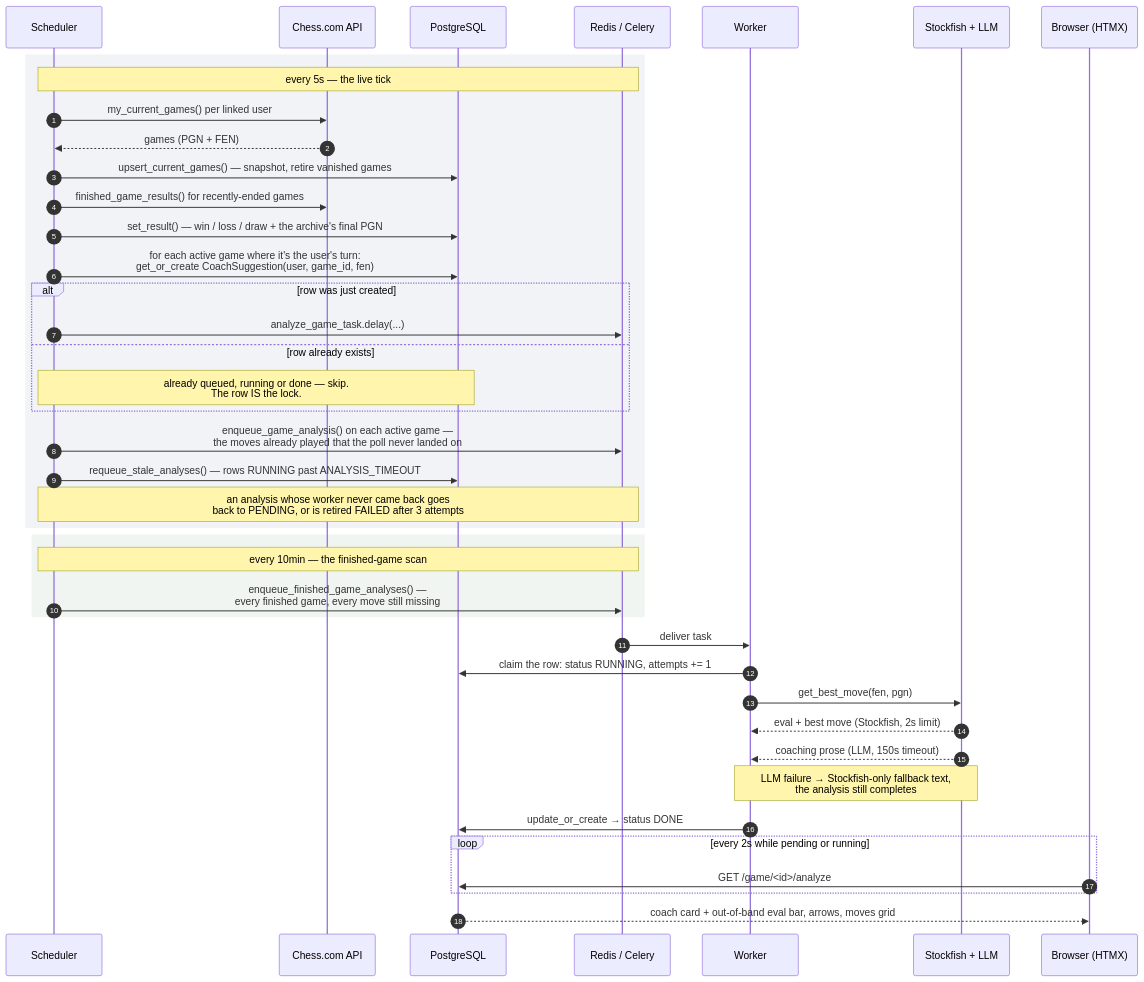
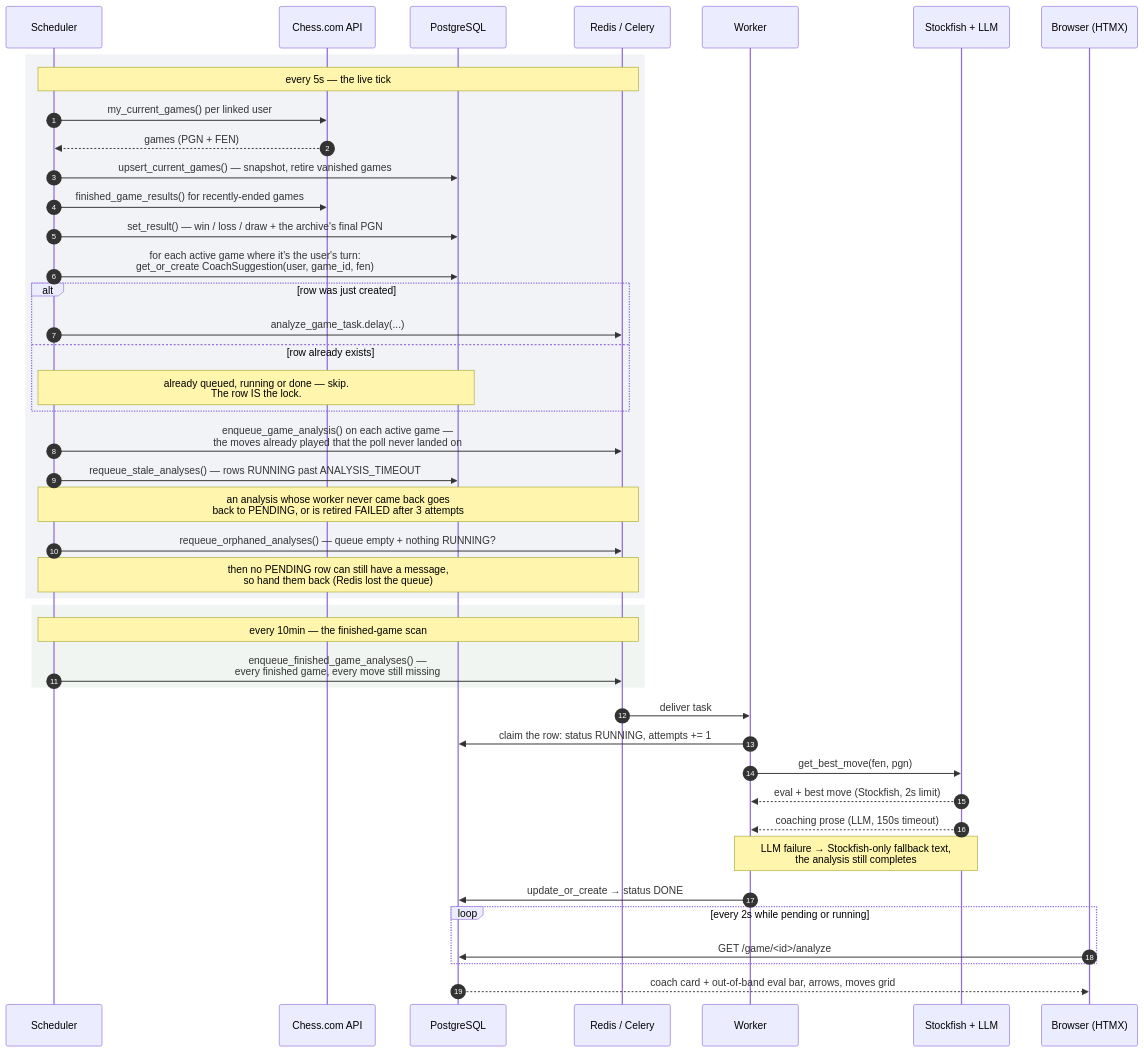
Before and after one commit to gab-25/chessdotcom_ai_coach: the second of 2 diagrams in docs/architecture.md, drawn with Mermaid. The commit also changed other lines of this file and 7 other files, not shown here.

````diff
--- a/docs/architecture.md
+++ b/docs/architecture.md
@@ -61,49 +61,51 @@
 ```mermaid
 sequenceDiagram
     autonumber
     participant S as Scheduler
     participant C as Chess.com API
     participant DB as PostgreSQL
     participant Q as Redis / Celery
     participant W as Worker
     participant E as Stockfish + LLM
     participant B as Browser (HTMX)
 
     rect rgba(120,140,180,0.10)
     Note over S,Q: every 5s — the live tick
     S->>C: my_current_games() per linked user
     C-->>S: games (PGN + FEN)
     S->>DB: upsert_current_games() — snapshot, retire vanished games
     S->>C: finished_game_results() for recently-ended games
     S->>DB: set_result() — win / loss / draw + the archive's final PGN
 
     S->>DB: for each active game where it's the user's turn:<br/>get_or_create CoachSuggestion(user, game_id, fen)
     alt row was just created
         S->>Q: analyze_game_task.delay(...)
     else row already exists
         Note over S,DB: already queued, running or done — skip.<br/>The row IS the lock.
     end
     S->>Q: enqueue_game_analysis() on each active game —<br/>the moves already played that the poll never landed on
 
     S->>DB: requeue_stale_analyses() — rows RUNNING past ANALYSIS_TIMEOUT
     Note over S,Q: an analysis whose worker never came back goes<br/>back to PENDING, or is retired FAILED after 3 attempts
+    S->>Q: requeue_orphaned_analyses() — queue empty + nothing RUNNING?
+    Note over S,Q: then no PENDING row can still have a message,<br/>so hand them back (Redis lost the queue)
     end
 
     rect rgba(120,160,120,0.10)
     Note over S,Q: every 10min — the finished-game scan
     S->>Q: enqueue_finished_game_analyses() —<br/>every finished game, every move still missing
     end
 
     Q->>W: deliver task
     W->>DB: claim the row: status RUNNING, attempts += 1
     W->>E: get_best_move(fen, pgn)
     E-->>W: eval + best move (Stockfish, 2s limit)
     E-->>W: coaching prose (LLM, 150s timeout)
     Note over W,E: LLM failure → Stockfish-only fallback text,<br/>the analysis still completes
     W->>DB: update_or_create → status DONE
 
     loop every 2s while pending or running
         B->>DB: GET /game/<id>/analyze
     end
     DB-->>B: coach card + out-of-band eval bar, arrows, moves grid
 ```
````
